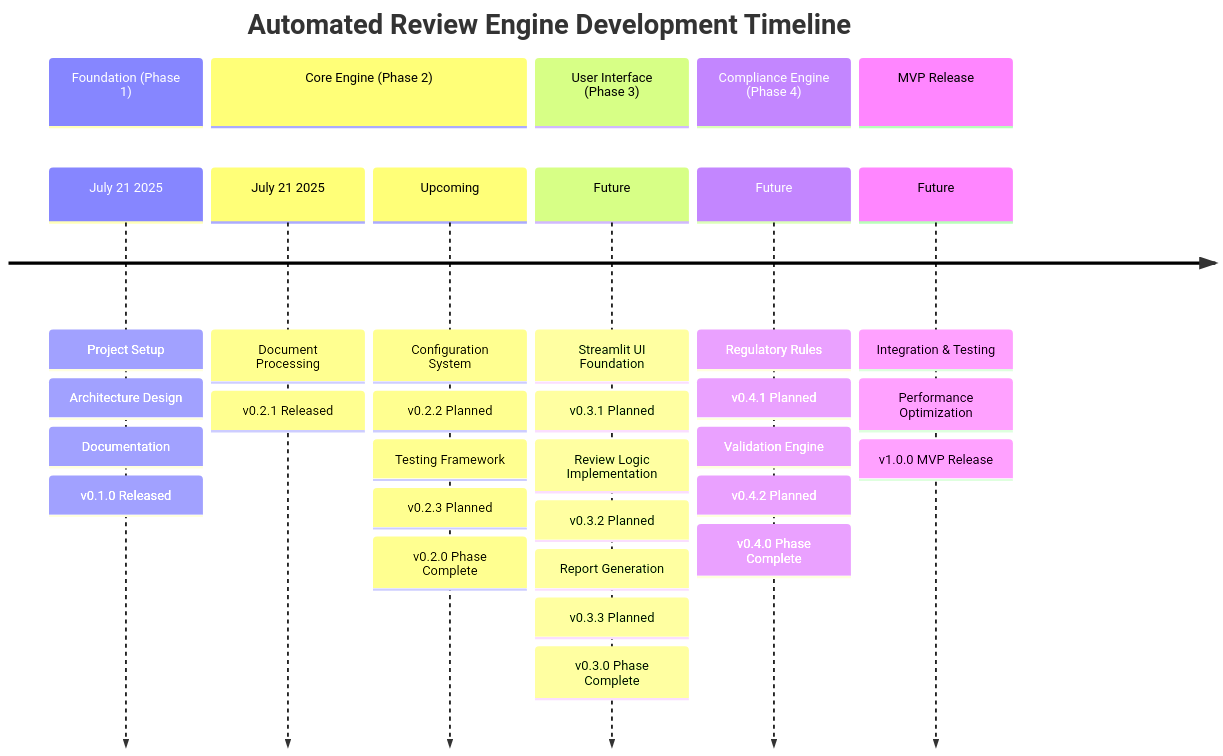
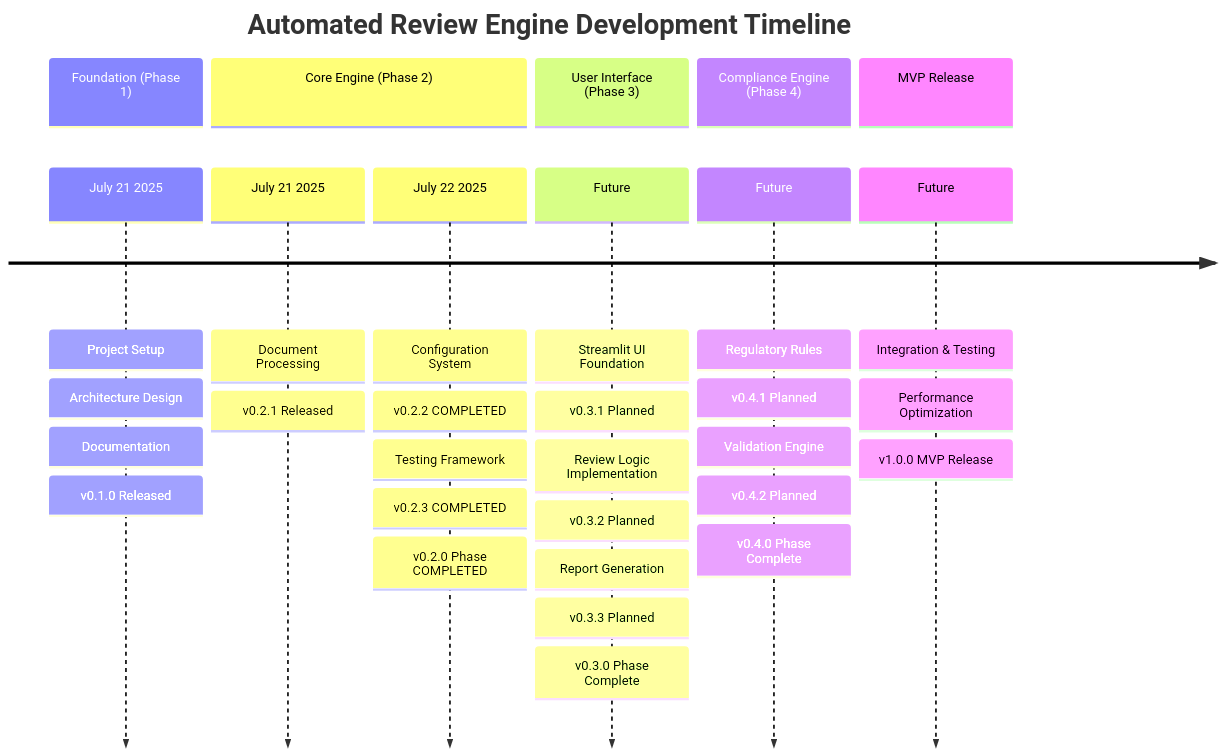
Before and after one commit to klausbang/AutomatedReviewEngine: the third of 4 diagrams in docs/git_graph.md, drawn with Mermaid. The commit also changed other lines of this file and 1 other file, not shown here.

First line of the commit message:
Update git graph visualization and create interactive HTML dashboard

````diff
--- a/docs/git_graph.md
+++ b/docs/git_graph.md
@@ -61,41 +57,41 @@
 ```mermaid
 timeline
     title Automated Review Engine Development Timeline
     
     section Foundation (Phase 1)
         July 21 2025 : Project Setup
                      : Architecture Design
                      : Documentation
                      : v0.1.0 Released
     
     section Core Engine (Phase 2)
         July 21 2025 : Document Processing
                      : v0.2.1 Released
         
-        Upcoming     : Configuration System
-                     : v0.2.2 Planned
+        July 22 2025 : Configuration System
+                     : v0.2.2 COMPLETED
                      : Testing Framework
-                     : v0.2.3 Planned
-                     : v0.2.0 Phase Complete
+                     : v0.2.3 COMPLETED
+                     : v0.2.0 Phase COMPLETED
     
     section User Interface (Phase 3)
         Future       : Streamlit UI Foundation
                      : v0.3.1 Planned
                      : Review Logic Implementation
                      : v0.3.2 Planned
                      : Report Generation
                      : v0.3.3 Planned
                      : v0.3.0 Phase Complete
     
     section Compliance Engine (Phase 4)
         Future       : Regulatory Rules
                      : v0.4.1 Planned
                      : Validation Engine
                      : v0.4.2 Planned
                      : v0.4.0 Phase Complete
     
     section MVP Release
         Future       : Integration & Testing
                      : Performance Optimization
                      : v1.0.0 MVP Release
 ```
````
